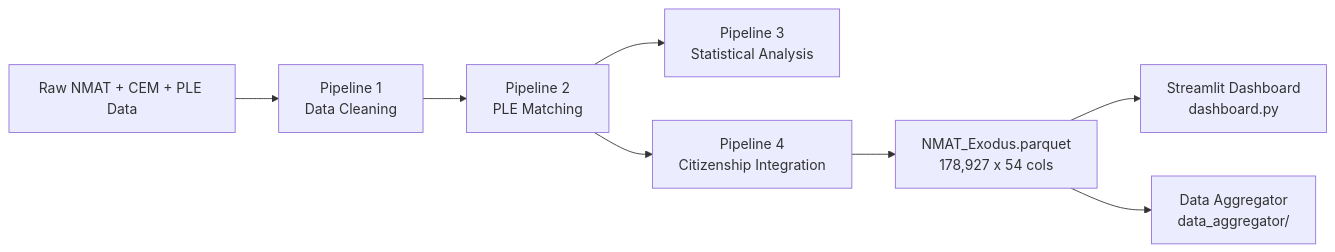
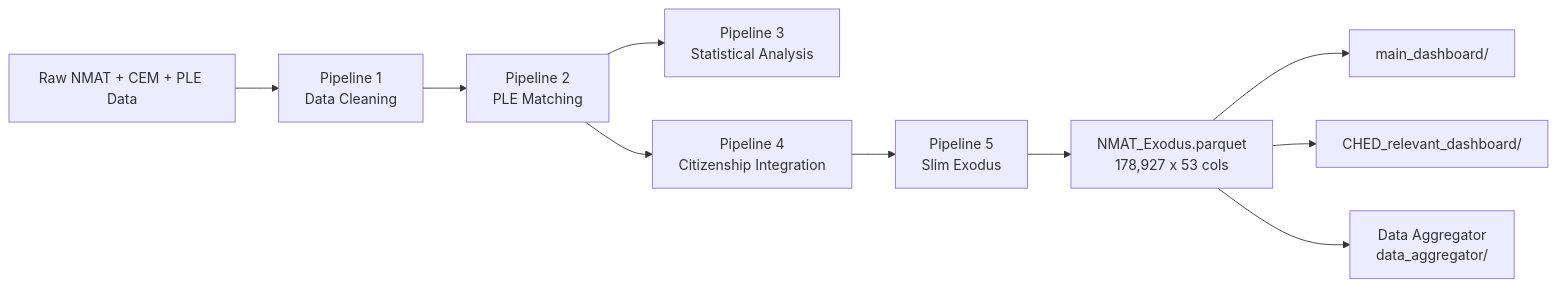
The diagram in README.md (yoshiii1203/NMAT-Main-Repository), drawn with Mermaid before and after one commit. The commit also changed other lines of this file and 5 other files, not shown here.

````diff
--- a/README.md
+++ b/README.md
@@ -49,10 +58,12 @@
 ```mermaid
 flowchart LR
     RAW["Raw NMAT + CEM + PLE Data"] --> P1["Pipeline 1<br/>Data Cleaning"]
     P1 --> P2["Pipeline 2<br/>PLE Matching"]
     P2 --> P3["Pipeline 3<br/>Statistical Analysis"]
     P2 --> P4["Pipeline 4<br/>Citizenship Integration"]
-    P4 --> EXO["NMAT_Exodus.parquet<br/>178,927 x 54 cols"]
-    EXO --> DASH["Streamlit Dashboard<br/>dashboard.py"]
+    P4 --> P5["Pipeline 5<br/>Slim Exodus"]
+    P5 --> EXO["NMAT_Exodus.parquet<br/>178,927 x 53 cols"]
+    EXO --> DASH1["main_dashboard/"]
+    EXO --> DASH2["CHED_relevant_dashboard/"]
     EXO --> AGG["Data Aggregator<br/>data_aggregator/"]
 ```
````
